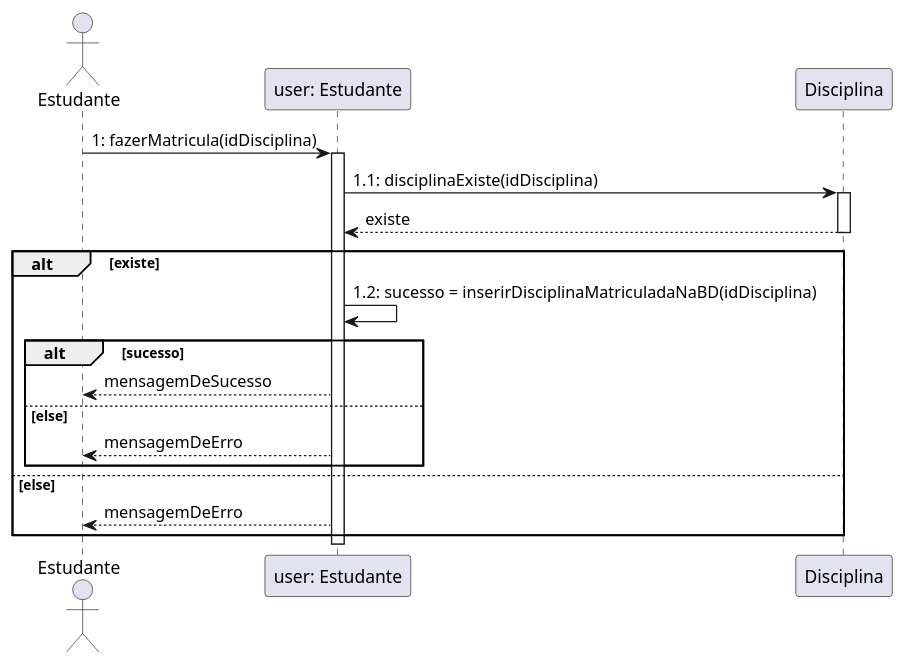
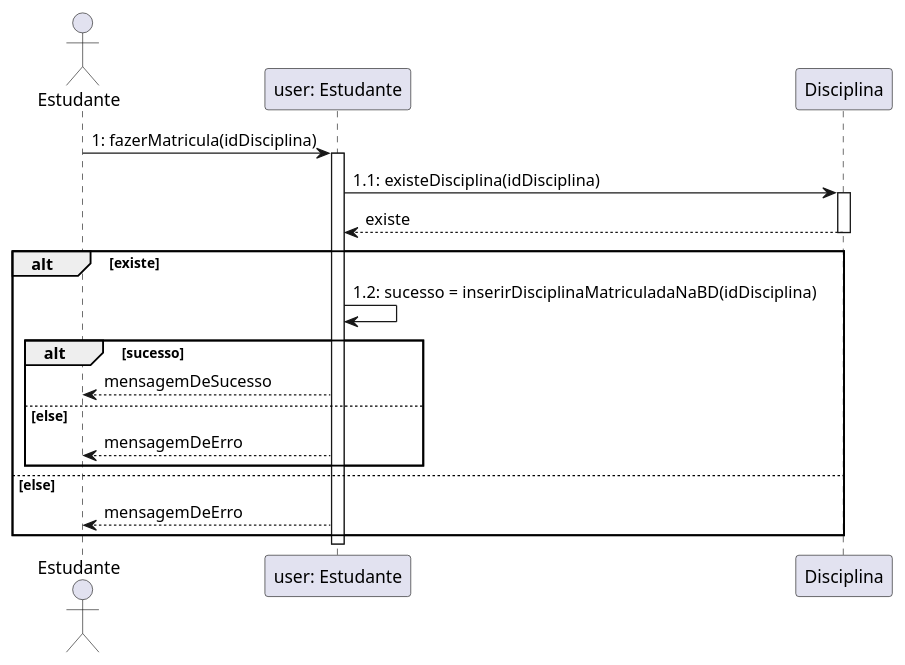
Before and after one commit to lucasg-mm/ensinet: the diagram in diagramas_interacao/diagramas_sequencia/fazer_matricula.plantuml, drawn with PlantUML. The commit also changed 1 other file, not shown here.

Commit message:
Muda nome da mensagem para deixar consistente com os outros diagramas

```diff
--- a/diagramas_interacao/diagramas_sequencia/fazer_matricula.plantuml
+++ b/diagramas_interacao/diagramas_sequencia/fazer_matricula.plantuml
@@ -1,20 +1,20 @@
 @startuml fazer_matricula
 actor Estudante
 Estudante->"user: Estudante": 1: fazerMatricula(idDisciplina)
 activate "user: Estudante"
-"user: Estudante"->Disciplina: 1.1: disciplinaExiste(idDisciplina)
+"user: Estudante"->Disciplina: 1.1: existeDisciplina(idDisciplina)
 activate "Disciplina"
 Disciplina-->"user: Estudante": existe 
 deactivate "Disciplina"
 alt existe
 "user: Estudante"->"user: Estudante": 1.2: sucesso = inserirDisciplinaMatriculadaNaBD(idDisciplina)
 alt sucesso
 "user: Estudante"-->Estudante: mensagemDeSucesso
 else else
 "user: Estudante"-->Estudante: mensagemDeErro
 end
 else else
 "user: Estudante"-->Estudante: mensagemDeErro
 end
 deactivate "user: Estudante"
 @enduml
```
